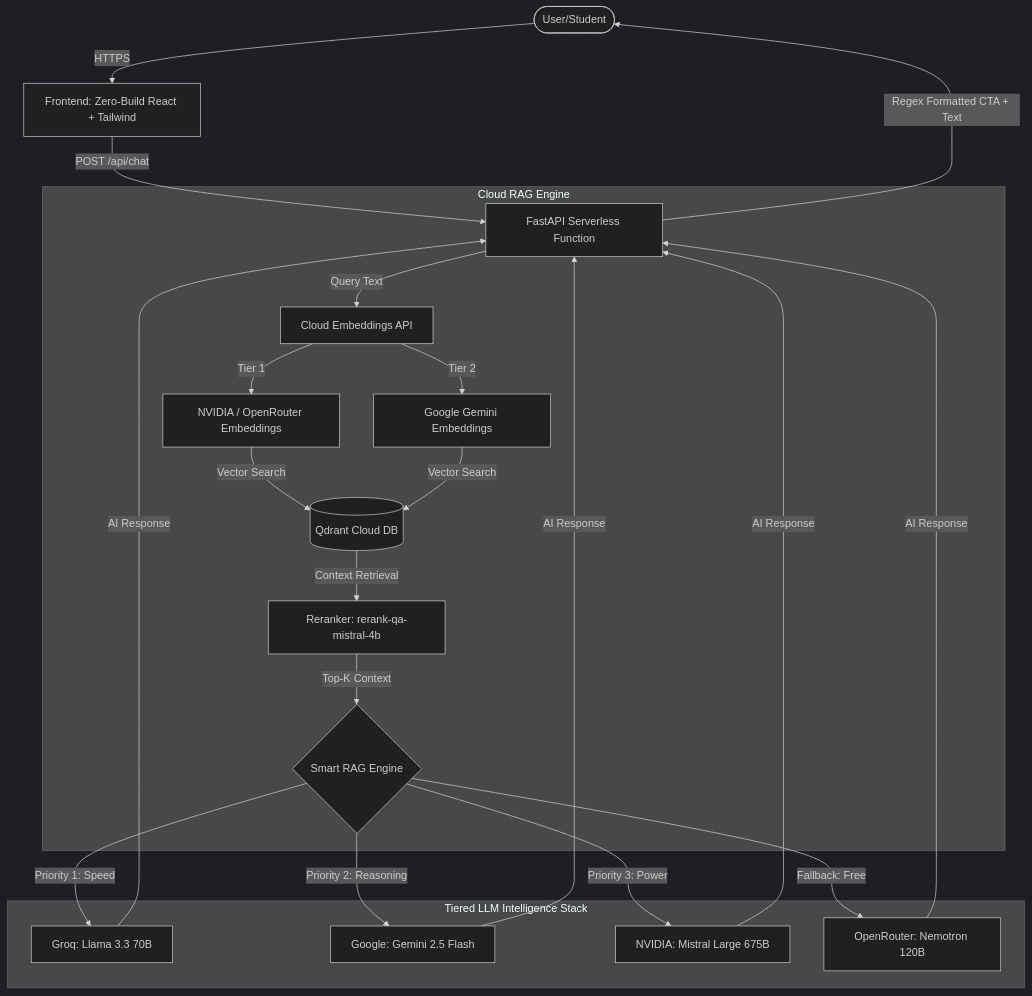
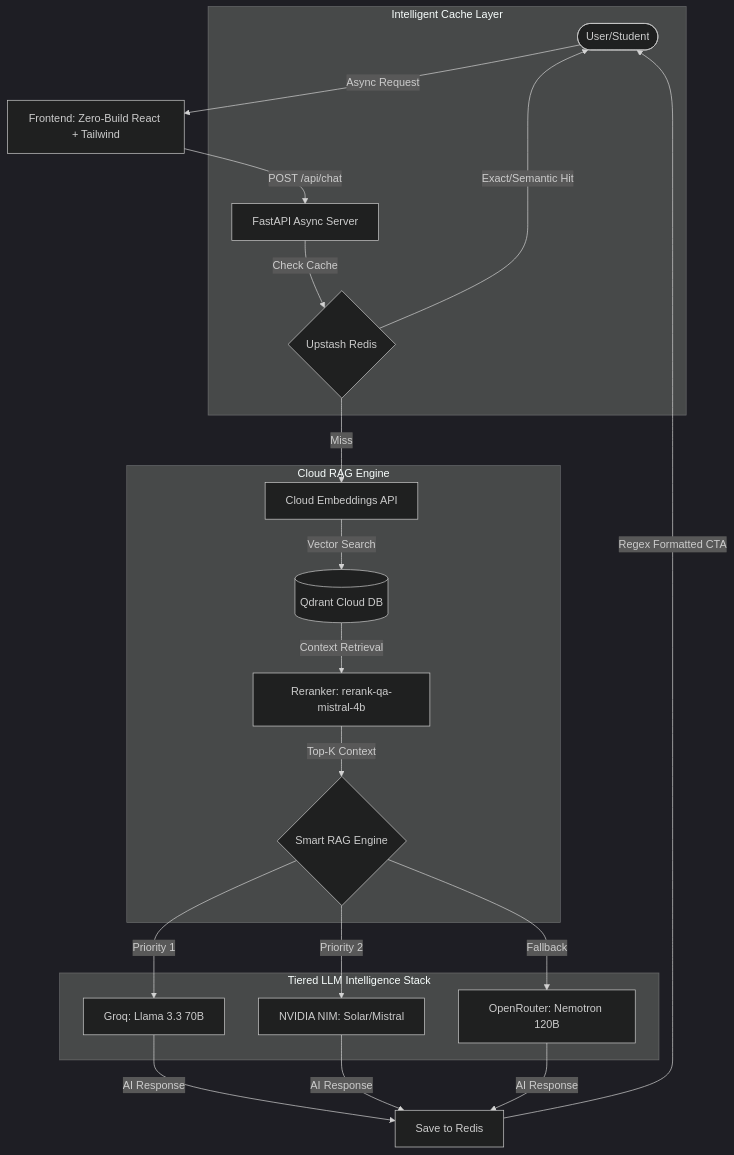
One commit to Kushal96499/Biyani-AI-Counselor changed the diagram in README.md. Above: the diagram before and after it, drawn with Mermaid (dark theme). The commit also changed other lines of this file and 1 other file, not shown here.

Commit message:
feat: implement Upstash Redis caching and integrate async concurrency support

````diff
--- a/README.md
+++ b/README.md
@@ -19,24 +20,26 @@
 ```mermaid
 graph TD
-    User([User/Student]) -->|HTTPS| Web[Frontend: Zero-Build React + Tailwind]
-    Web -->|POST /api/chat| Backend[FastAPI Serverless Function]
+    User([User/Student]) -->|Async Request| Web[Frontend: Zero-Build React + Tailwind]
+    Web -->|POST /api/chat| Backend[FastAPI Async Server]
     
+    subgraph "Intelligent Cache Layer"
+        Backend -->|Check Cache| Redis{Upstash Redis}
+        Redis -- Exact/Semantic Hit --> User
+    end
+
     subgraph "Cloud RAG Engine"
-        Backend -->|Query Text| Embedder[Cloud Embeddings API]
-        Embedder -->|Tier 1| NV[NVIDIA / OpenRouter Embeddings]
-        Embedder -->|Tier 2| Gem[Google Gemini Embeddings]
-        NV & Gem -->|Vector Search| Qdrant[(Qdrant Cloud DB)]
+        Redis -- Miss --> Embedder[Cloud Embeddings API]
+        Embedder -->|Vector Search| Qdrant[(Qdrant Cloud DB)]
         Qdrant -->|Context Retrieval| Reranker[Reranker: rerank-qa-mistral-4b]
         Reranker -->|Top-K Context| Engine{Smart RAG Engine}
     end
 
     subgraph "Tiered LLM Intelligence Stack"
-        Engine -->|Priority 1: Speed| Groq[Groq: Llama 3.3 70B]
-        Engine -->|Priority 2: Reasoning| Gemini[Google: Gemini 2.5 Flash]
-        Engine -->|Priority 3: Power| NVIDIA[NVIDIA: Mistral Large 675B]
-        Engine -->|Fallback: Free| OR[OpenRouter: Nemotron 120B]
+        Engine -->|Priority 1| Groq[Groq: Llama 3.3 70B]
+        Engine -->|Priority 2| NVIDIA[NVIDIA NIM: Solar/Mistral]
+        Engine -->|Fallback| OR[OpenRouter: Nemotron 120B]
     end
 
-    Groq & Gemini & NVIDIA & OR -->|AI Response| Backend
-    Backend -->|Regex Formatted CTA + Text| User
+    Groq & NVIDIA & OR -->|AI Response| CacheStore[Save to Redis]
+    CacheStore -->|Regex Formatted CTA| User
 ```
````
